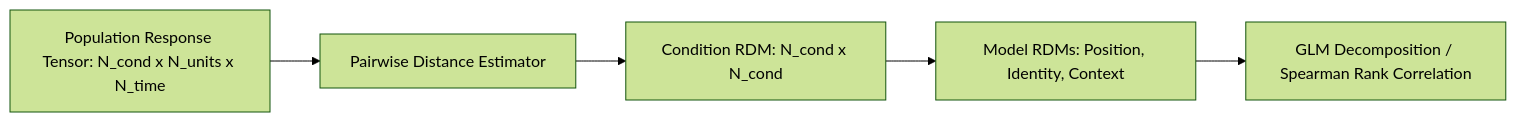
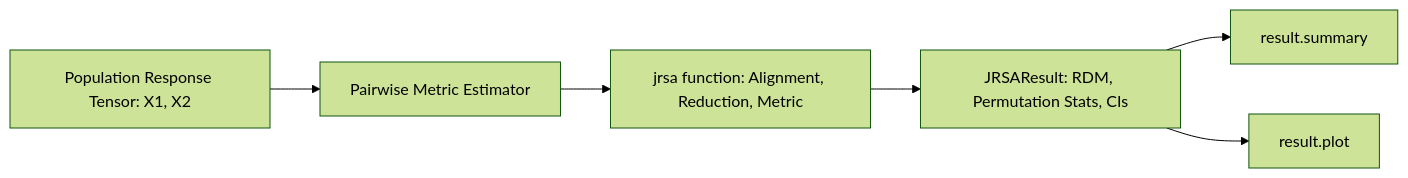
Before and after one commit to HNXJ/jnwb: the diagram in docs/03_representational_similarity_jrsa.md, drawn with Mermaid (forest theme). The commit also changed other lines of this file and 11 other files, not shown here.

````diff
--- a/docs/03_representational_similarity_jrsa.md
+++ b/docs/03_representational_similarity_jrsa.md
@@ -11,7 +11,8 @@
 ```mermaid
 graph LR
-    P[Population Response Tensor: N_cond x N_units x N_time] --> Dist[Pairwise Distance Estimator]
-    Dist --> RDM[Condition RDM: N_cond x N_cond]
-    RDM --> Models[Model RDMs: Position, Identity, Context]
-    Models --> Reg[GLM Decomposition / Spearman Rank Correlation]
+    P[Population Response Tensor: X1, X2] --> Dist[Pairwise Metric Estimator]
+    Dist --> JRSA[jrsa function: Alignment, Reduction, Metric]
+    JRSA --> Result[JRSAResult: RDM, Permutation Stats, CIs]
+    Result --> Summary[result.summary]
+    Result --> Plot[result.plot]
 ```
````
